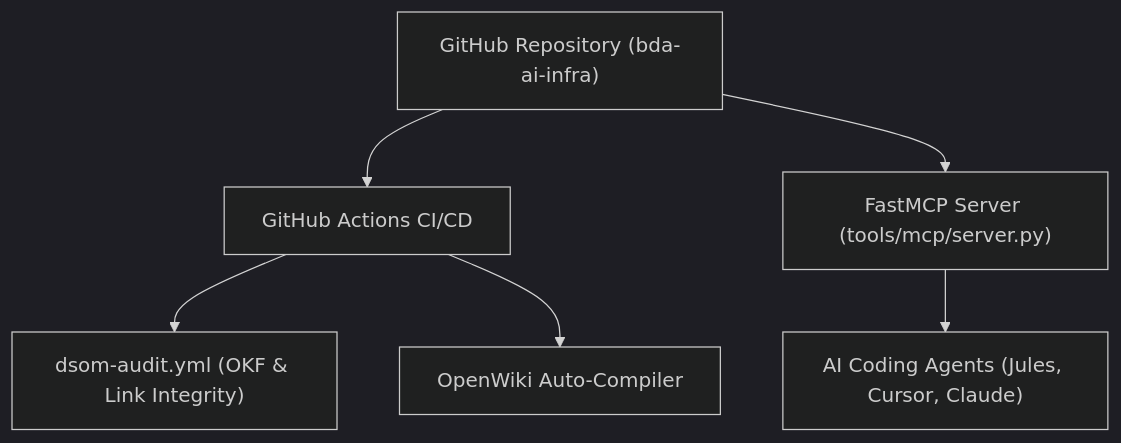
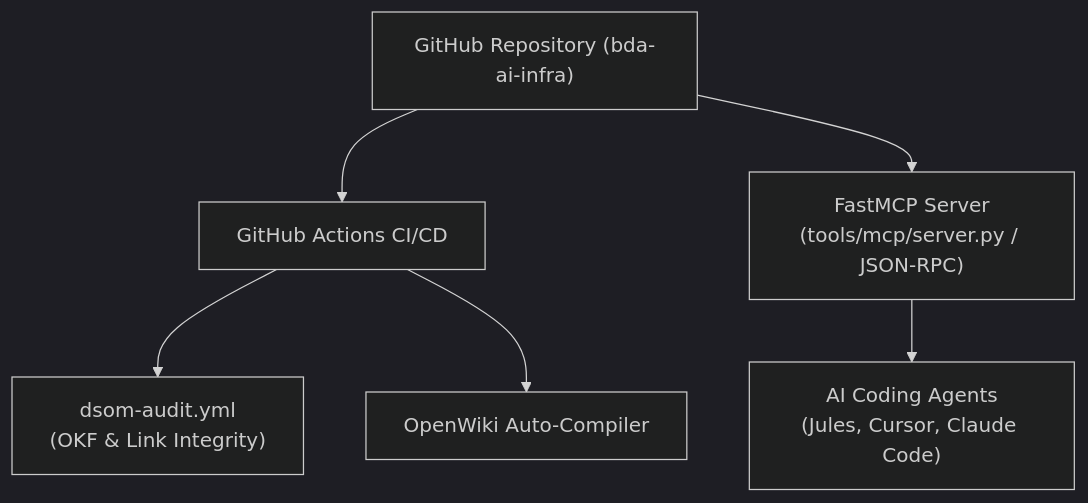
Before and after one commit to linuxmalaysia/bda-ai-infra: the diagram in openwiki/integrations/mcp-and-ci.md, drawn with Mermaid (dark theme). The commit also changed other lines of this file and 18 other files, not shown here.

Commit message:
feat: add dual-render diagram AI skill and refactor all existing diagrams

````diff
--- a/openwiki/integrations/mcp-and-ci.md
+++ b/openwiki/integrations/mcp-and-ci.md
@@ -22,8 +66,8 @@
 ```mermaid
 flowchart TD
     Repo["GitHub Repository (bda-ai-infra)"] --> Actions["GitHub Actions CI/CD"]
-    Actions --> Audit["dsom-audit.yml (OKF & Link Integrity)"]
+    Actions --> Audit["dsom-audit.yml<br/>(OKF &amp; Link Integrity)"]
     Actions --> WikiUpdate["OpenWiki Auto-Compiler"]
-    Repo --> MCP["FastMCP Server (tools/mcp/server.py)"]
-    MCP --> Agent["AI Coding Agents (Jules, Cursor, Claude)"]
+    Repo --> MCP["FastMCP Server<br/>(tools/mcp/server.py / JSON-RPC)"]
+    MCP --> Agent["AI Coding Agents<br/>(Jules, Cursor, Claude Code)"]
 ```
````
